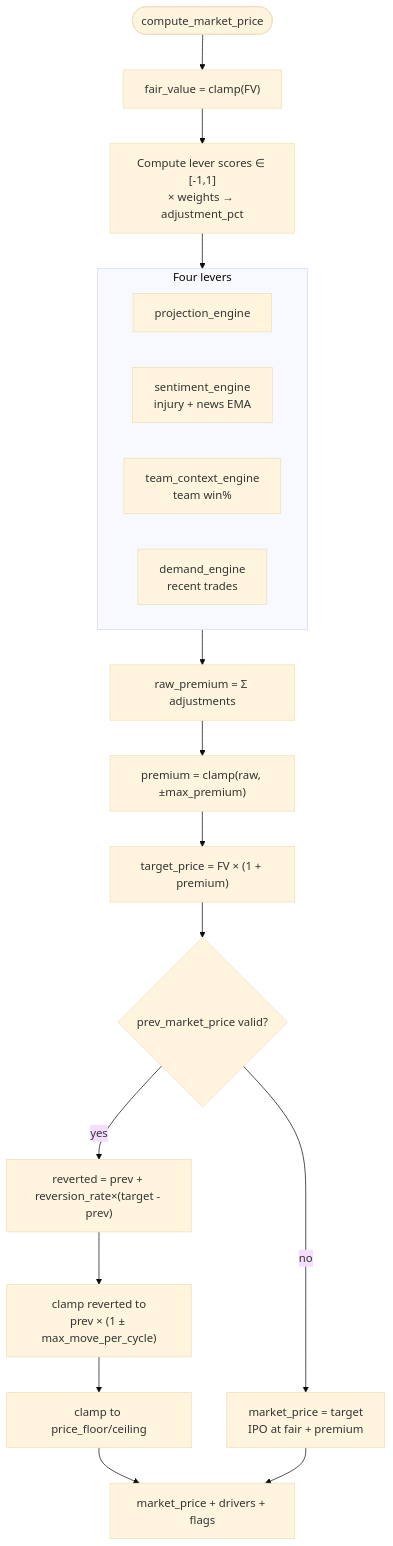
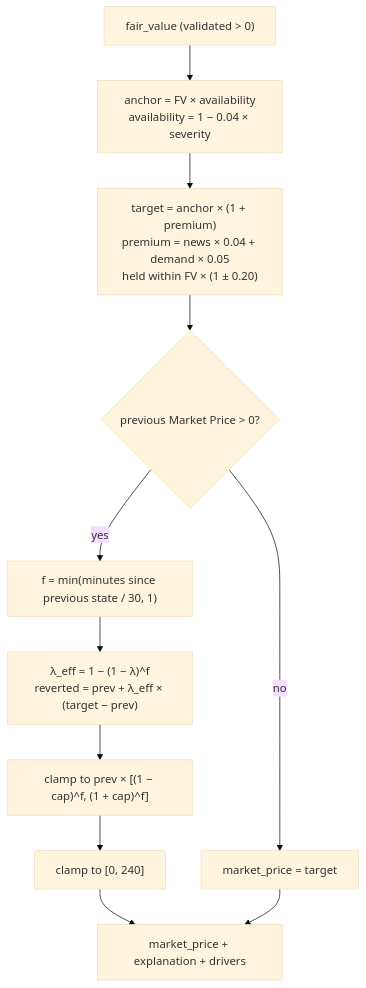
The first of 2 diagrams in docs/MARKET_PRICING_ENGINE.md (Arya85693/NBA-superstar-prediction), drawn with Mermaid (base theme) before and after one commit. The commit also changed other lines of this file and 35 other files, not shown here.

First line of the commit message:
Price performance once in Fair Value and make market cycles safe to re-run.

````diff
--- a/docs/MARKET_PRICING_ENGINE.md
+++ b/docs/MARKET_PRICING_ENGINE.md
@@ -62,25 +102,13 @@
 ```mermaid
 flowchart TD
-  START([compute_market_price]) --> FV["fair_value = clamp(FV)"]
-  FV --> LEVERS["Compute lever scores ∈ [-1,1]<br/>× weights → adjustment_pct"]
-
-  subgraph Levers["Four levers"]
-    P["projection_engine"]
-    S["sentiment_engine<br/>injury + news EMA"]
-    T["team_context_engine<br/>team win%"]
-    D["demand_engine<br/>recent trades"]
-  end
-
-  LEVERS --> Levers
-  Levers --> SUM["raw_premium = Σ adjustments"]
-  SUM --> BAND["premium = clamp(raw, ±max_premium)"]
-  BAND --> TARGET["target_price = FV × (1 + premium)"]
-
-  TARGET --> COLD{prev_market_price valid?}
-  COLD -->|no| SEED["market_price = target<br/>IPO at fair + premium"]
-  COLD -->|yes| REV["reverted = prev + reversion_rate×(target - prev)"]
-  REV --> CAP["clamp reverted to<br/>prev × (1 ± max_move_per_cycle)"]
-  CAP --> ABS["clamp to price_floor/ceiling"]
-  ABS --> OUT["market_price + drivers + flags"]
+  FV["fair_value (validated > 0)"] --> AV["anchor = FV × availability<br/>availability = 1 − 0.04 × severity"]
+  AV --> TGT["target = anchor × (1 + premium)<br/>premium = news × 0.04 + demand × 0.05<br/>held within FV × (1 ± 0.20)"]
+  TGT --> COLD{previous Market Price > 0?}
+  COLD -->|no| SEED["market_price = target"]
+  COLD -->|yes| F["f = min(minutes since previous state / 30, 1)"]
+  F --> REV["λ_eff = 1 − (1 − λ)^f<br/>reverted = prev + λ_eff × (target − prev)"]
+  REV --> CAP["clamp to prev × [(1 − cap)^f, (1 + cap)^f]"]
+  CAP --> ABS["clamp to [0, 240]"]
+  ABS --> OUT["market_price + explanation + drivers"]
   SEED --> OUT
 ```
````
